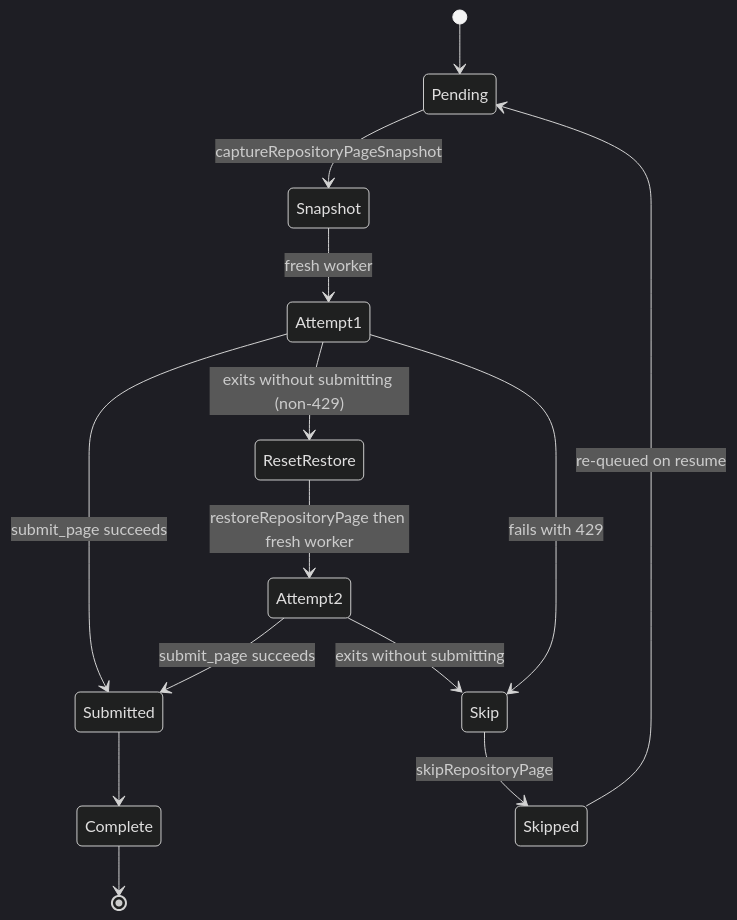
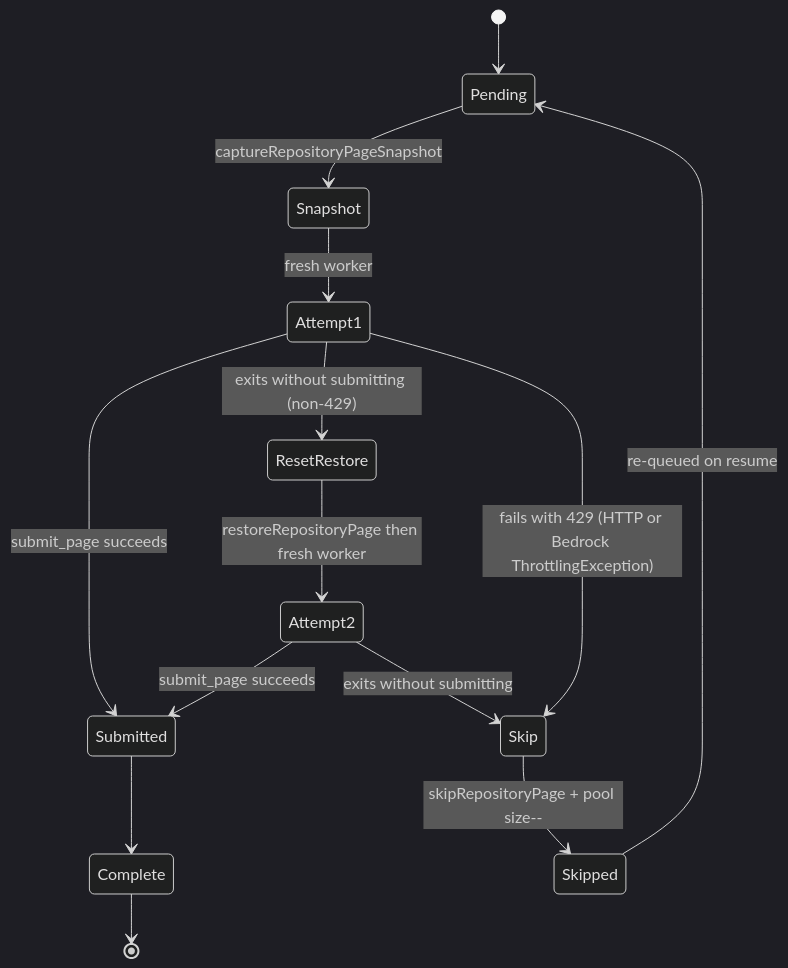
Before and after one commit to langchain-ai/openwiki: the second of 2 diagrams in openwiki/testing/overview.md, drawn with Mermaid (dark theme). The commit also changed other lines of this file and 11 other files, not shown here.

````diff
--- a/openwiki/testing/overview.md
+++ b/openwiki/testing/overview.md
@@ -348,16 +350,16 @@
 ```mermaid
 stateDiagram-v2
   [*] --> Pending
   Pending --> Snapshot: captureRepositoryPageSnapshot
   Snapshot --> Attempt1: fresh worker
   Attempt1 --> Submitted: submit_page succeeds
   Attempt1 --> ResetRestore: exits without submitting (non-429)
-  Attempt1 --> Skip: fails with 429
+  Attempt1 --> Skip: fails with 429 (HTTP or Bedrock ThrottlingException)
   ResetRestore --> Attempt2: restoreRepositoryPage then fresh worker
   Attempt2 --> Submitted: submit_page succeeds
   Attempt2 --> Skip: exits without submitting
   Submitted --> Complete
-  Skip --> Skipped: skipRepositoryPage
+  Skip --> Skipped: skipRepositoryPage + pool size--
   Complete --> [*]
   Skipped --> Pending: re-queued on resume
 ```
````
